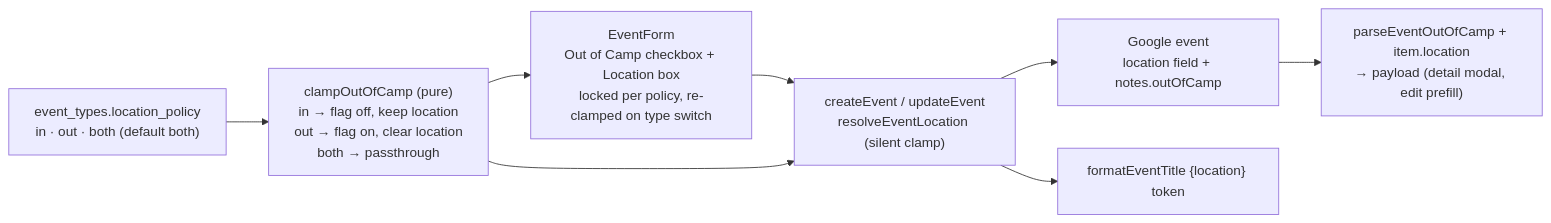
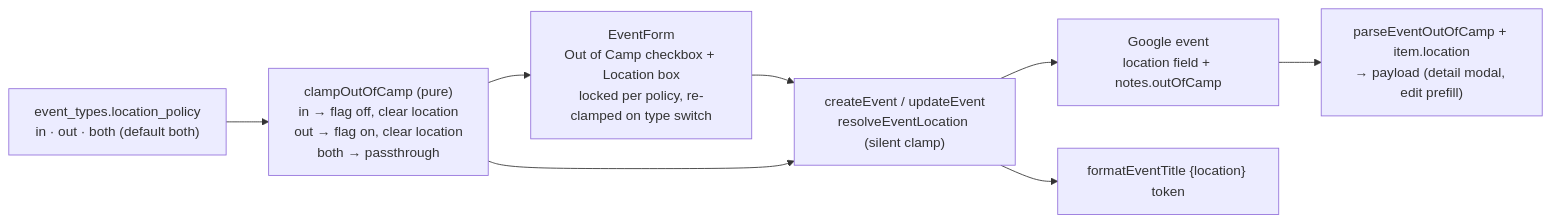
Diagram 26 of 27 in progress.md (oncloudnintynineone-source/cloudy2), drawn with Mermaid before and after one commit. The commit also changed other lines of this file and 16 other files, not shown here.

````diff
--- a/progress.md
+++ b/progress.md
@@ -2091,10 +2095,10 @@
 ```mermaid
 flowchart LR
-    T["event_types.location_policy<br/>in · out · both (default both)"] --> C["clampOutOfCamp (pure)<br/>in → flag off, keep location<br/>out → flag on, clear location<br/>both → passthrough"]
+    T["event_types.location_policy<br/>in · out · both (default both)"] --> C["clampOutOfCamp (pure)<br/>in → flag off, clear location<br/>out → flag on, clear location<br/>both → passthrough"]
     F["EventForm<br/>Out of Camp checkbox + Location box<br/>locked per policy, re-clamped on type switch"] --> A["createEvent / updateEvent<br/>resolveEventLocation (silent clamp)"]
     C --> F
     C --> A
     A --> G["Google event<br/>location field + notes.outOfCamp"]
     G --> R["parseEventOutOfCamp + item.location<br/>→ payload (detail modal, edit prefill)"]
     A --> S["formatEventTitle {location} token"]
 ```
````
